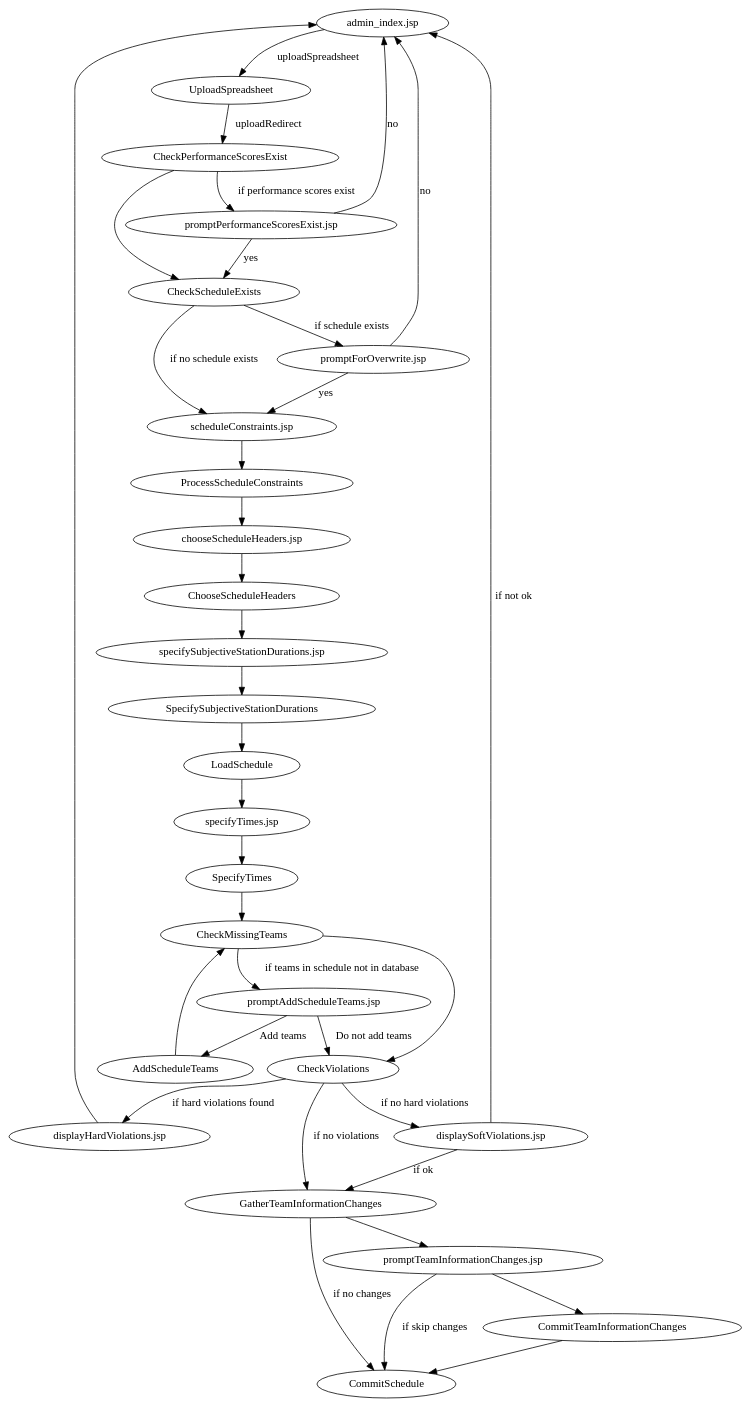
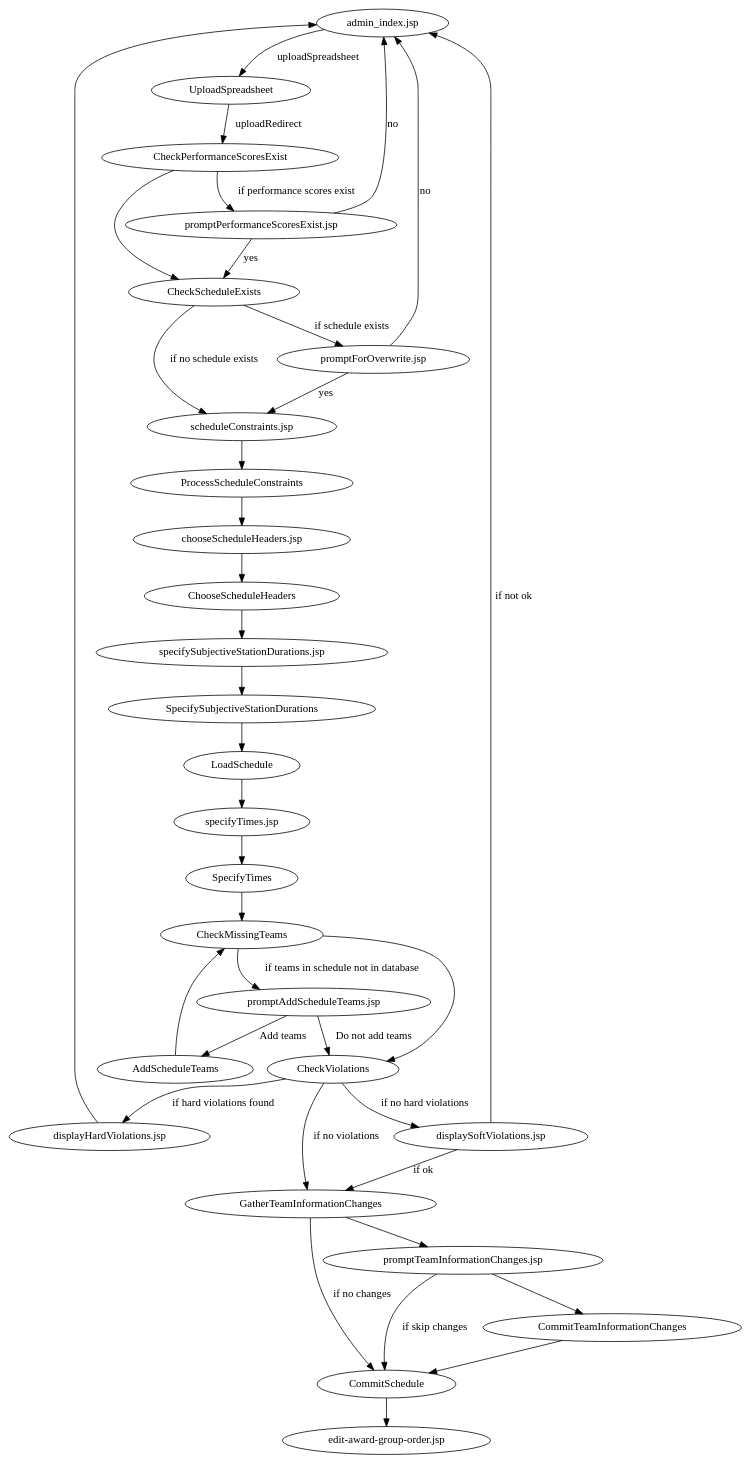
Before and after one commit to jpschewe/fll-sw: the diagram in src/main/documentation/workflows/upload-schedule.dot, drawn with Graphviz. The commit also changed 2 other files, not shown here.

Commit message:
Prompt the user for award group sort after uploading a schedule
After a schedule is uploaded, it's usually a good idea to confirm the
sorting of the award groups for the tournament.

Issue #1261

```diff
--- a/src/main/documentation/workflows/upload-schedule.dot
+++ b/src/main/documentation/workflows/upload-schedule.dot
@@ -1,61 +1,61 @@
 digraph UploadSchedule {
 
 "admin_index.jsp" -> UploadSpreadsheet [label="uploadSpreadsheet"];
 
 UploadSpreadsheet -> CheckPerformanceScoresExist  [label="uploadRedirect"];
 
 CheckPerformanceScoresExist -> "promptPerformanceScoresExist.jsp" [label="if performance scores exist"];
 
 "promptPerformanceScoresExist.jsp" -> CheckScheduleExists [label="yes"];
 "promptPerformanceScoresExist.jsp" -> "admin_index.jsp" [label="no"];
 CheckPerformanceScoresExist -> CheckScheduleExists;
 
 CheckScheduleExists -> "promptForOverwrite.jsp" [label="if schedule exists"];
 
 "promptForOverwrite.jsp" -> "scheduleConstraints.jsp" [label="yes"];
 "promptForOverwrite.jsp" -> "admin_index.jsp" [label="no"];
 
 CheckScheduleExists -> "scheduleConstraints.jsp" [label="if no schedule exists"];
 
 "scheduleConstraints.jsp" -> ProcessScheduleConstraints;
 ProcessScheduleConstraints -> "chooseScheduleHeaders.jsp";
 
 "chooseScheduleHeaders.jsp" -> ChooseScheduleHeaders;
 ChooseScheduleHeaders -> "specifySubjectiveStationDurations.jsp";
 
 "specifySubjectiveStationDurations.jsp" -> SpecifySubjectiveStationDurations;
 SpecifySubjectiveStationDurations -> LoadSchedule;
 
 LoadSchedule -> "specifyTimes.jsp";
 
 "specifyTimes.jsp" -> SpecifyTimes;
 SpecifyTimes -> CheckMissingTeams;
 
 CheckMissingTeams -> CheckViolations;
 CheckMissingTeams -> "promptAddScheduleTeams.jsp" [label="if teams in schedule not in database"];
 
 "promptAddScheduleTeams.jsp" -> AddScheduleTeams [label="Add teams"];
 "promptAddScheduleTeams.jsp" -> CheckViolations [label="Do not add teams"];
 
 AddScheduleTeams -> CheckMissingTeams;
 
 CheckViolations -> "GatherTeamInformationChanges" [label="if no violations"];
 CheckViolations -> "displayHardViolations.jsp" [label="if hard violations found"];
 CheckViolations -> "displaySoftViolations.jsp" [label="if no hard violations"];
 
 "displayHardViolations.jsp" -> "admin_index.jsp";
 
 "displaySoftViolations.jsp" -> "GatherTeamInformationChanges" [label="if ok"];
 "displaySoftViolations.jsp" -> "admin_index.jsp" [label="if not ok"];
 
 "GatherTeamInformationChanges" -> "CommitSchedule" [label="if no changes"];
 "GatherTeamInformationChanges" -> "promptTeamInformationChanges.jsp";
 
 "promptTeamInformationChanges.jsp" -> "CommitTeamInformationChanges";
 "promptTeamInformationChanges.jsp" -> "CommitSchedule" [label="if skip changes"];
 
 "CommitTeamInformationChanges" -> "CommitSchedule";
 
-
+"CommitSchedule" -> "edit-award-group-order.jsp";
 
 }
```
